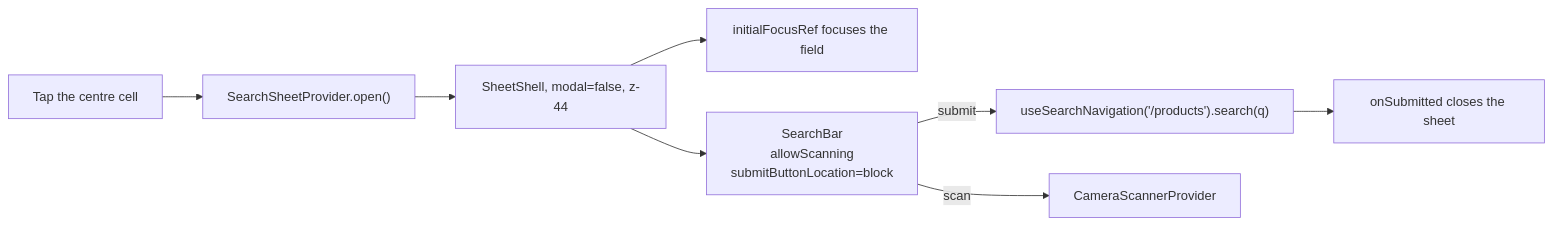
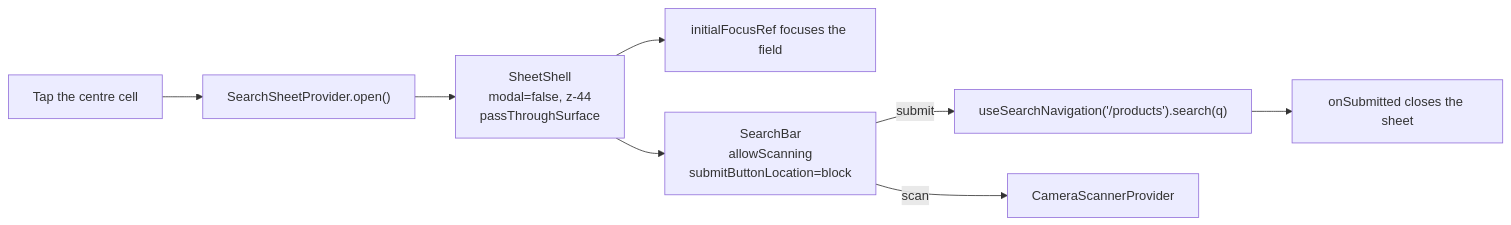
Before and after one commit to OffCrazyFreak/Disscount: the third of 4 diagrams in docs/MOBILE-NAV.md, drawn with Mermaid. The commit also changed other lines of this file, not shown here.

````diff
--- a/docs/MOBILE-NAV.md
+++ b/docs/MOBILE-NAV.md
@@ -179,10 +214,10 @@
 ```mermaid
 flowchart LR
     tap["Tap the centre cell"] --> open["SearchSheetProvider.open()"]
-    open --> shell["SheetShell, modal=false, z-44"]
+    open --> shell["SheetShell<br/>modal=false, z-44<br/>passThroughSurface"]
     shell --> focus["initialFocusRef focuses the field"]
     shell --> bar["SearchBar<br/>allowScanning<br/>submitButtonLocation=block"]
     bar -->|submit| nav["useSearchNavigation('/products').search(q)"]
     bar -->|scan| scanner["CameraScannerProvider"]
     nav --> close["onSubmitted closes the sheet"]
 ```
````
